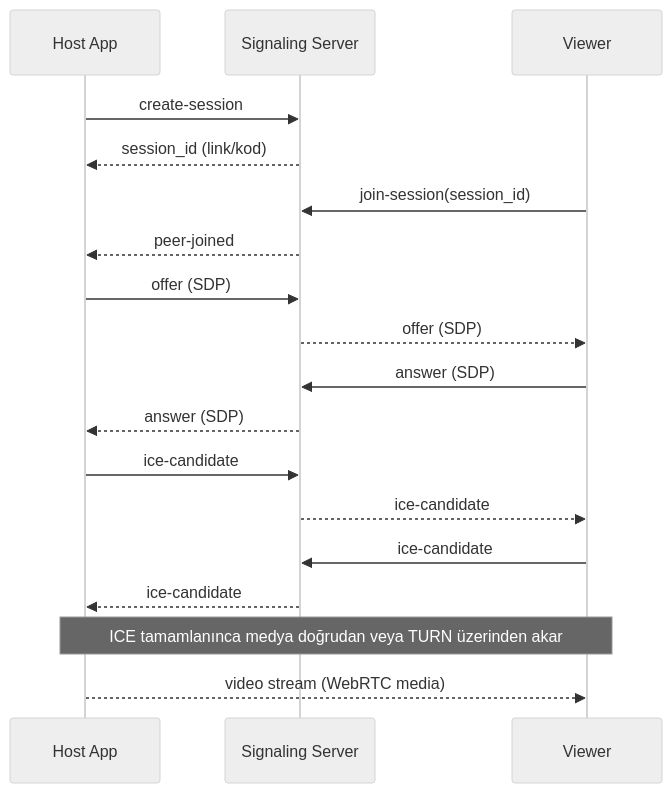
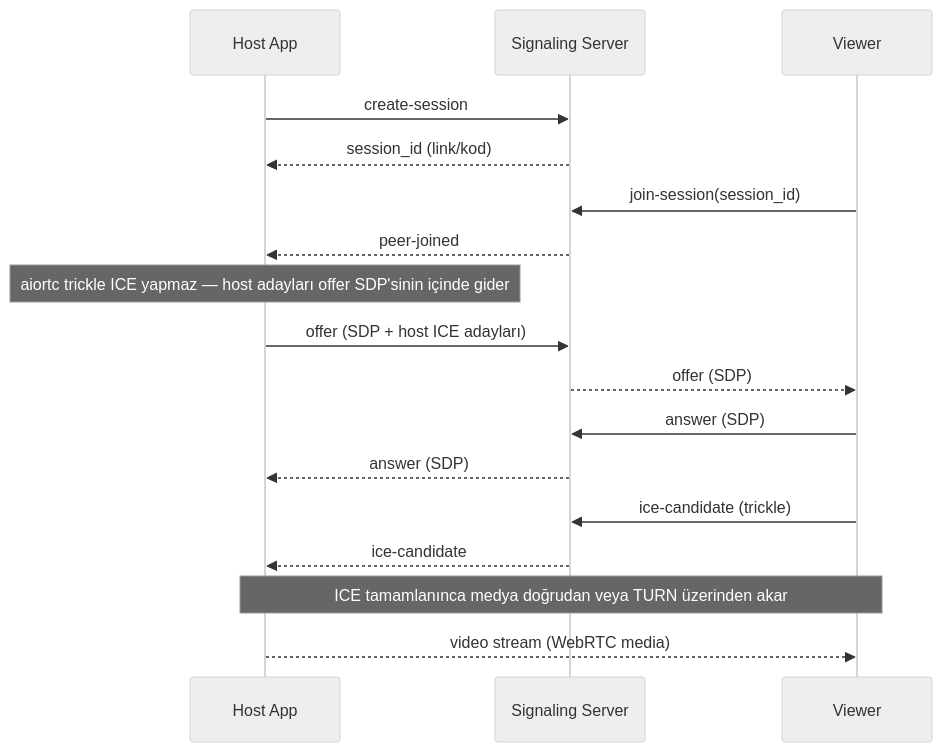
Before and after one commit to Efecancngz/ScreenTracker: the second of 2 diagrams in docs/architecture.md, drawn with Mermaid (neutral theme). The commit also changed 3 other files, not shown here.

First line of the commit message:
fix: accept browser RTCIceCandidateInit object in ice-candidate message

````diff
--- a/docs/architecture.md
+++ b/docs/architecture.md
@@ -21,21 +21,20 @@
 ```mermaid
 sequenceDiagram
     participant H as Host App
     participant S as Signaling Server
     participant V as Viewer
 
     H->>S: create-session
     S-->>H: session_id (link/kod)
     V->>S: join-session(session_id)
     S-->>H: peer-joined
-    H->>S: offer (SDP)
+    Note over H: aiortc trickle ICE yapmaz — host adayları offer SDP'sinin içinde gider
+    H->>S: offer (SDP + host ICE adayları)
     S-->>V: offer (SDP)
     V->>S: answer (SDP)
     S-->>H: answer (SDP)
-    H->>S: ice-candidate
-    S-->>V: ice-candidate
-    V->>S: ice-candidate
+    V->>S: ice-candidate (trickle)
     S-->>H: ice-candidate
     Note over H,V: ICE tamamlanınca medya doğrudan veya TURN üzerinden akar
     H-->>V: video stream (WebRTC media)
 ```
````
